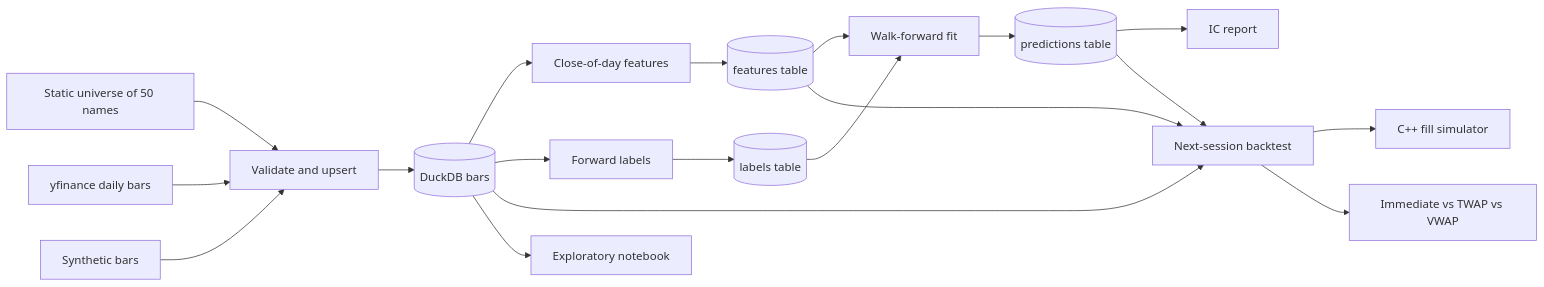
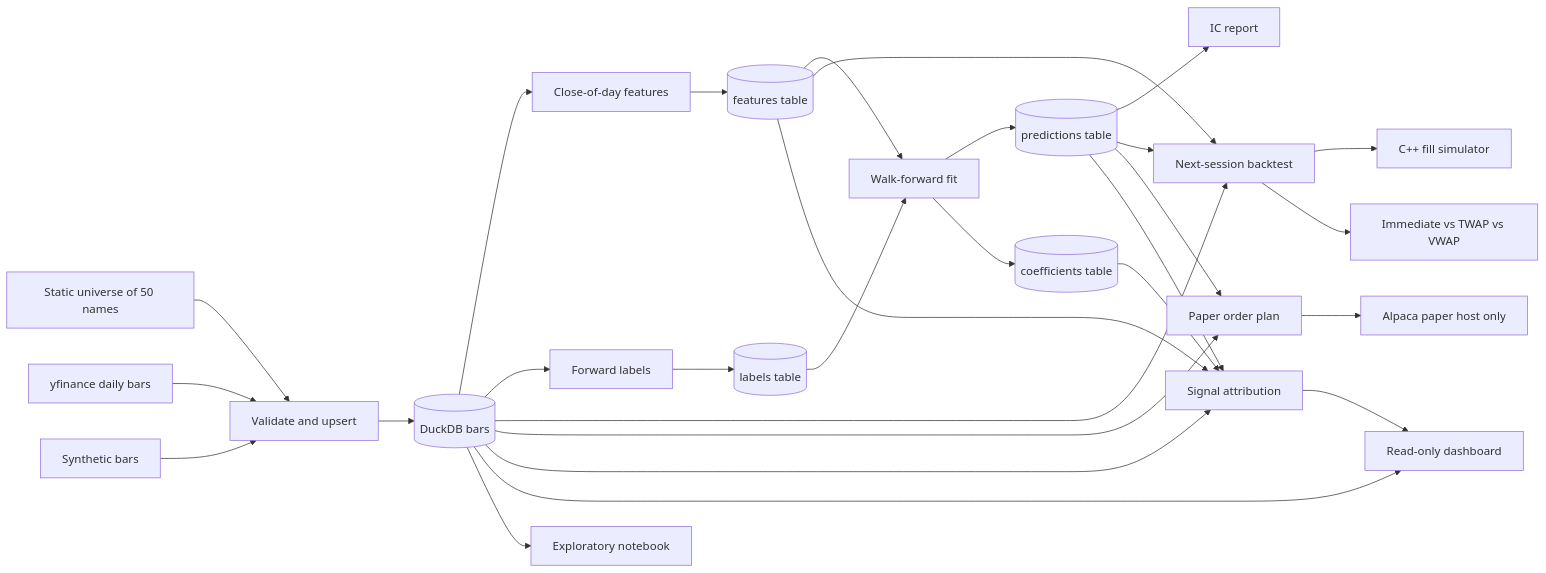
One commit to julianthant/driftwood changed the diagram in docs/DESIGN_DECISIONS.md. Above: the diagram before and after it, drawn with Mermaid. The commit also changed other lines of this file and 2 other files, not shown here.

Commit message:
docs: explain the paper host, attribution, and the read-only page

````diff
--- a/docs/DESIGN_DECISIONS.md
+++ b/docs/DESIGN_DECISIONS.md
@@ -22,38 +22,53 @@
 ```mermaid
 flowchart LR
   universe[Static universe of 50 names]
   yfinance[yfinance daily bars]
   synthetic[Synthetic bars]
   ingest[Validate and upsert]
   bars[(DuckDB bars)]
   featfn[Close-of-day features]
   labelfn[Forward labels]
   features[(features table)]
   labels[(labels table)]
   train[Walk-forward fit]
   predictions[(predictions table)]
   report[IC report]
   sim[C++ fill simulator]
   backtest[Next-session backtest]
   compare[Immediate vs TWAP vs VWAP]
+  coef[(coefficients table)]
+  paper[Paper order plan]
+  gate[Alpaca paper host only]
+  attr[Signal attribution]
+  dash[Read-only dashboard]
   notebook[Exploratory notebook]
 
   universe --> ingest
   yfinance --> ingest
   synthetic --> ingest
   ingest --> bars
   bars --> featfn
   bars --> labelfn
   featfn --> features
   labelfn --> labels
   features --> train
   labels --> train
   train --> predictions
+  train --> coef
   predictions --> report
   predictions --> backtest
   bars --> backtest
   features --> backtest
   backtest --> sim
   backtest --> compare
+  predictions --> paper
+  bars --> paper
+  paper --> gate
+  predictions --> attr
+  features --> attr
+  coef --> attr
+  bars --> attr
+  bars --> dash
+  attr --> dash
   bars --> notebook
 ```
````
